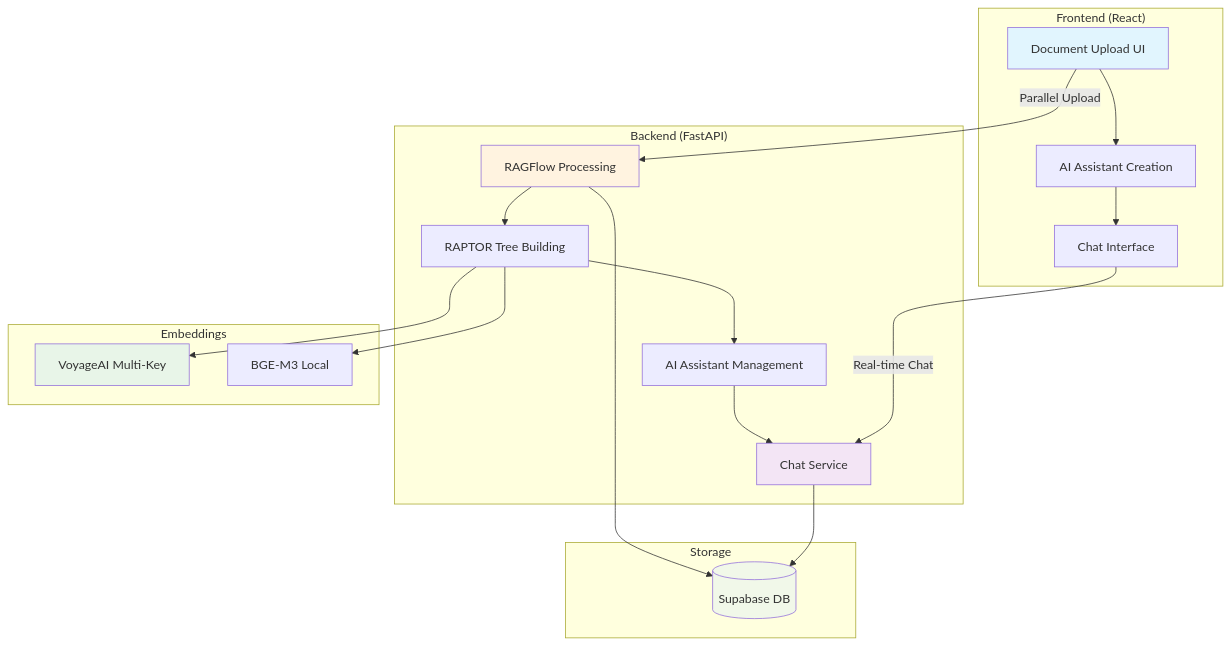
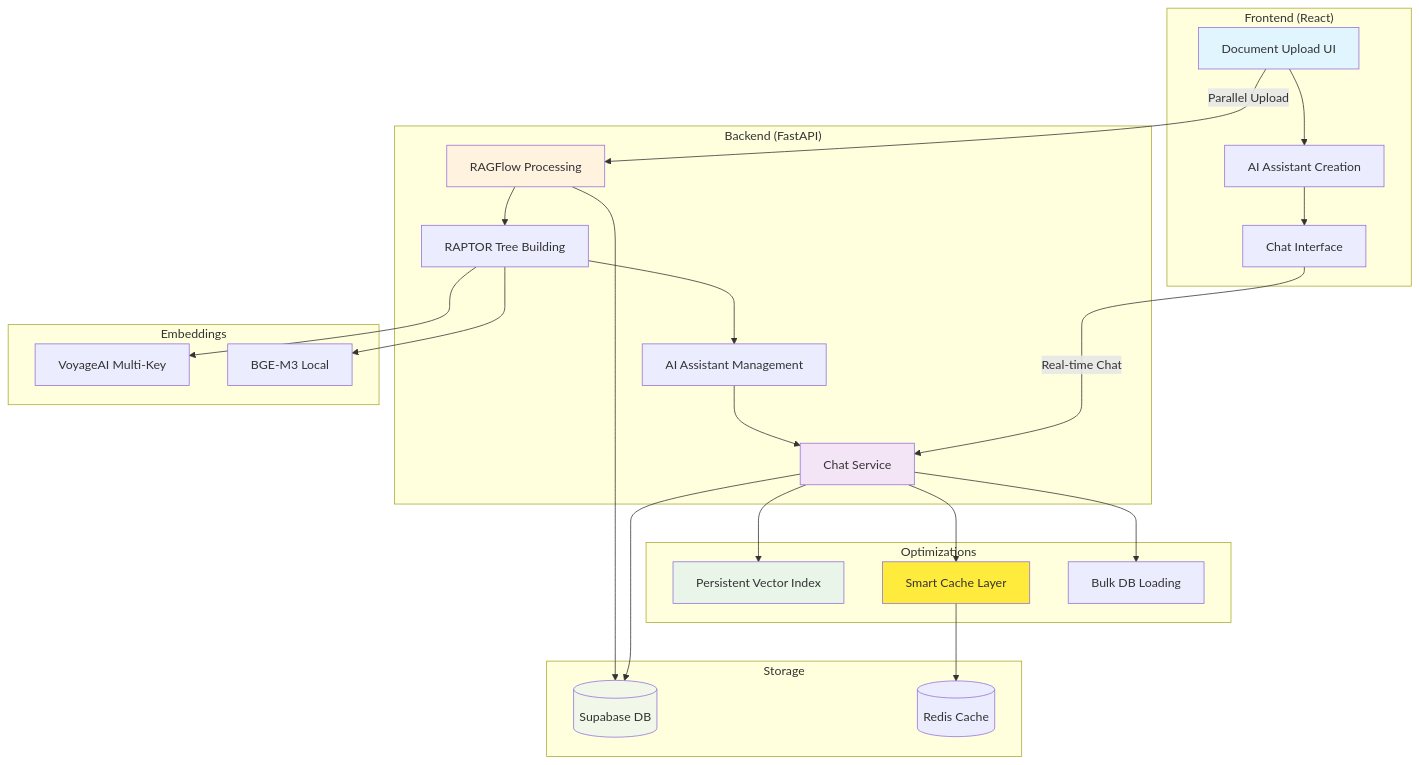
One commit to khoahuyn/Rsptor changed the diagram in README.md. Above: the diagram before and after it, drawn with Mermaid. The commit also changed other lines of this file and 22 other files, not shown here.

````diff
--- a/README.md
+++ b/README.md
@@ -33,35 +43,48 @@
 ```mermaid
 flowchart TD
     subgraph "Frontend (React)"
         A[Document Upload UI] --> B[AI Assistant Creation]
         B --> C[Chat Interface]
     end
     
     subgraph "Backend (FastAPI)"
         D[RAGFlow Processing] --> E[RAPTOR Tree Building]
         E --> F[AI Assistant Management]
         F --> G[Chat Service]
     end
     
+    subgraph "Optimizations"
+        H[Persistent Vector Index]
+        I[Smart Cache Layer]
+        J[Bulk DB Loading]
+    end
+    
     subgraph "Embeddings"
-        H[VoyageAI Multi-Key]
-        I[BGE-M3 Local]
+        K[VoyageAI Multi-Key]
+        L[BGE-M3 Local]
     end
     
     subgraph "Storage"
-        J[(Supabase DB)]
+        M[(Supabase DB)]
+        N[(Redis Cache)]
     end
     
     A -->|Parallel Upload| D
-    D --> J
-    E --> H
-    E --> I
+    D --> M
+    E --> K
+    E --> L
+    G --> M
+    C -->|Real-time Chat| G
+    
+    G --> H
+    G --> I
     G --> J
-    C -->|Real-time Chat| G
+    I --> N
     
     style A fill:#e1f5fe
     style D fill:#fff3e0
     style G fill:#f3e5f5
     style H fill:#e8f5e8
-    style J fill:#f1f8e9
+    style I fill:#ffeb3b
+    style M fill:#f1f8e9
 ```
````
